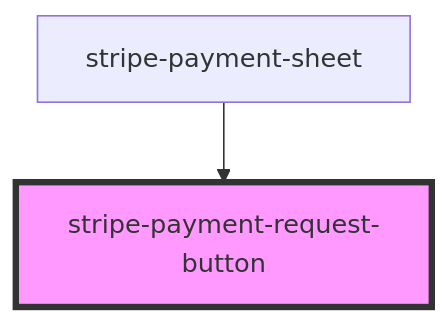
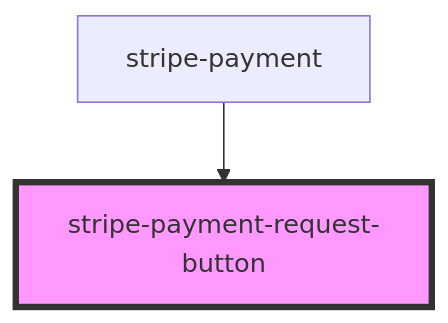
The diagram in src/components/stripe-payment-request-button/readme.md (wpkyoto/stripe-pwa-elements), drawn with Mermaid before and after one commit. The commit also changed other lines of this file and 7 other files, not shown here.

Commit message:
breaking-change: rename from stripe-payment-sheet to stripe-payment

````diff
--- a/src/components/stripe-payment-request-button/readme.md
+++ b/src/components/stripe-payment-request-button/readme.md
@@ -84,5 +84,5 @@
 ```mermaid
 graph TD;
-  stripe-payment-sheet --> stripe-payment-request-button
+  stripe-payment --> stripe-payment-request-button
   style stripe-payment-request-button fill:#f9f,stroke:#333,stroke-width:4px
 ```
````
